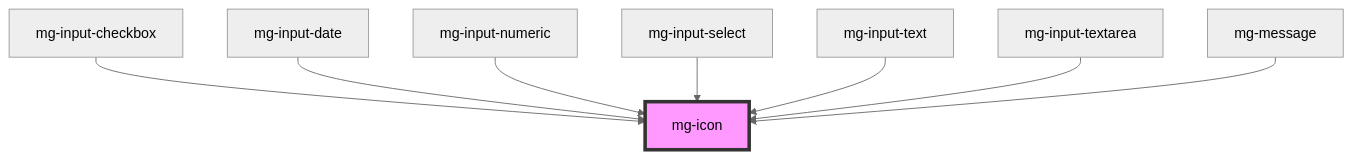
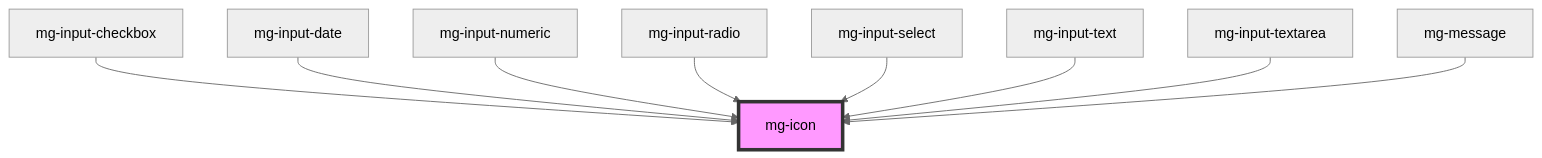
Before and after one commit to MGDIS/mg-components: the diagram in src/components/atoms/mg-icon/readme.md, drawn with Mermaid (neutral theme). The commit also changed other lines of this file and 23 other files, not shown here.

Commit message:
feat(mg-input-radio): init input radio: - [x] add style - [x] add component - [x] add stories - [x] update mg-input - [x] add disabled attributes to mg-input-select options - [x] edit mg-input-checkox tooltip space (= mg-input-radio space)

````diff
--- a/src/components/atoms/mg-icon/readme.md
+++ b/src/components/atoms/mg-icon/readme.md
@@ -29,11 +30,12 @@
 ```mermaid
 graph TD;
   mg-input-checkbox --> mg-icon
   mg-input-date --> mg-icon
   mg-input-numeric --> mg-icon
+  mg-input-radio --> mg-icon
   mg-input-select --> mg-icon
   mg-input-text --> mg-icon
   mg-input-textarea --> mg-icon
   mg-message --> mg-icon
   style mg-icon fill:#f9f,stroke:#333,stroke-width:4px
 ```
````
